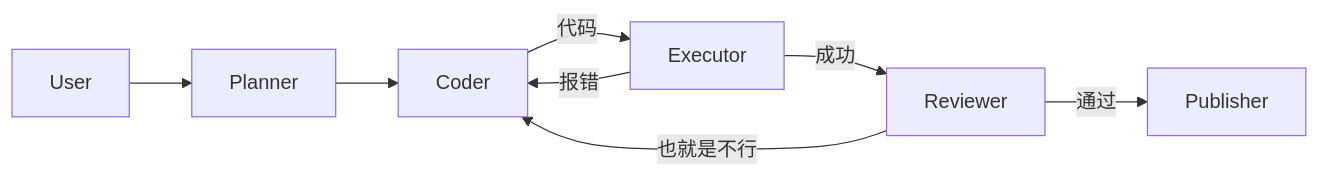
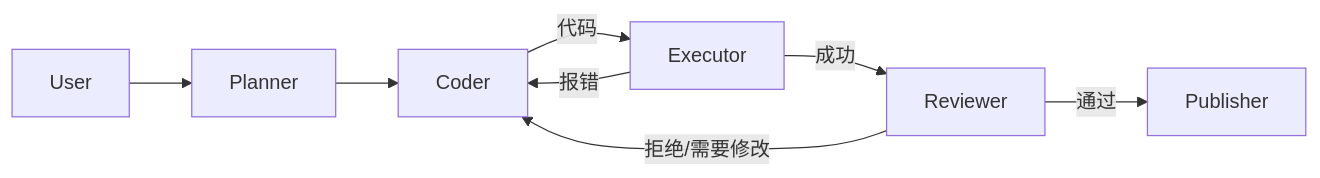
Before and after one commit to briefness/LZYBlog: the second of 2 diagrams in docs/posts/AI/09_Agents_and_Tools.md, drawn with Mermaid. The commit also changed other lines of this file and 36 other files, not shown here.

````diff
--- a/docs/posts/AI/09_Agents_and_Tools.md
+++ b/docs/posts/AI/09_Agents_and_Tools.md
@@ -89,12 +89,12 @@
 ```mermaid
 graph LR
     User --> Planner
     Planner --> Coder
     
     Coder -- 代码 --> Executor
     Executor -- 报错 --> Coder
     Executor -- 成功 --> Reviewer
     
-    Reviewer -- 也就是不行 --> Coder
+    Reviewer -- 拒绝/需要修改 --> Coder
     Reviewer -- 通过 --> Publisher
 ```
````
